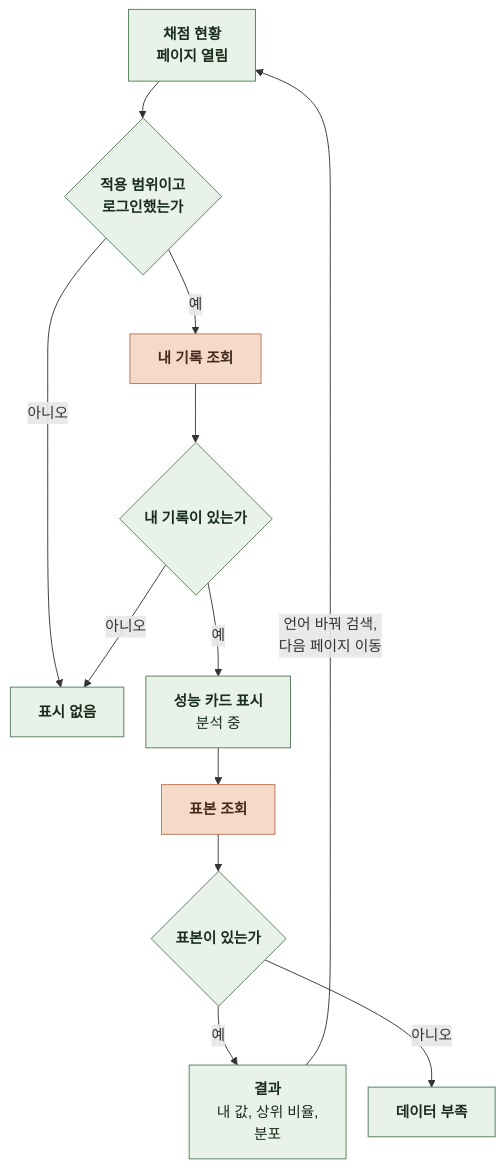
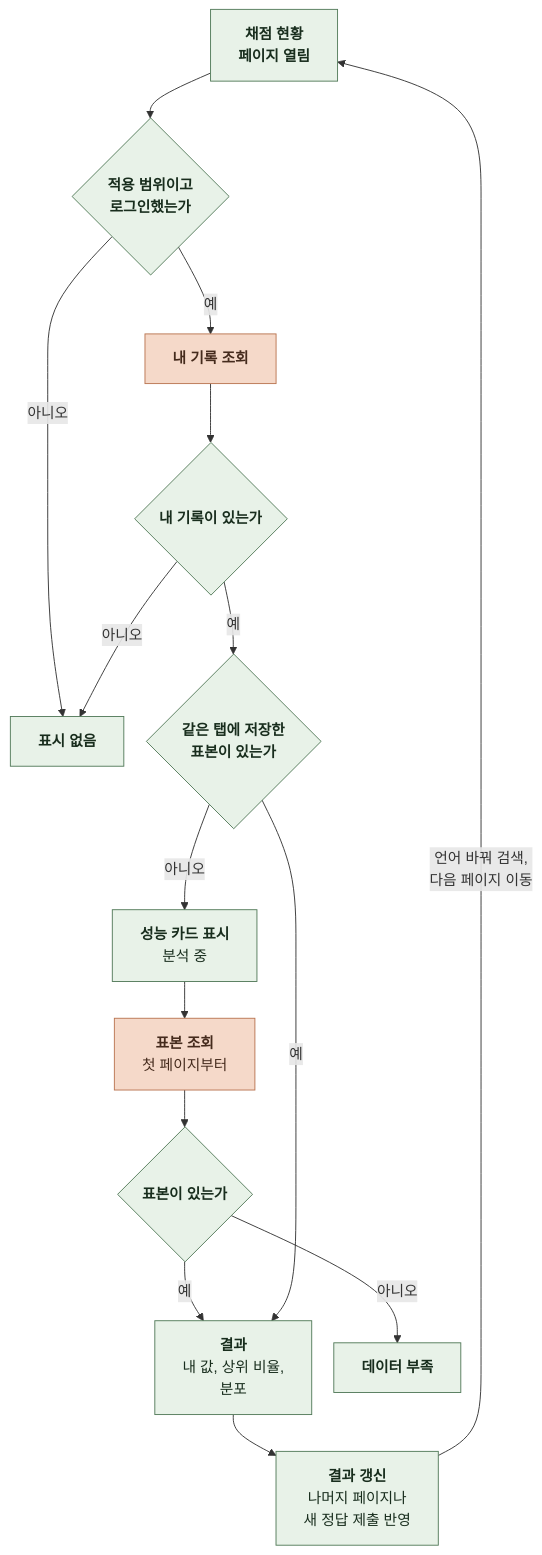
Before and after one commit to kangkyunghyun/boj-performance: the diagram in docs/spec/3-2-INTERACTION-FLOWS.md, drawn with Mermaid. The commit also changed other lines of this file and 9 other files, not shown here.

````diff
--- a/docs/spec/3-2-INTERACTION-FLOWS.md
+++ b/docs/spec/3-2-INTERACTION-FLOWS.md
@@ -9,25 +9,32 @@
 ```mermaid
 %%{init: {"flowchart": {"curve": "basis", "nodeSpacing": 24, "rankSpacing": 40}}}%%
 flowchart TD
     O["`**채점 현황
 페이지 열림**`"] --> S{"`**적용 범위이고
 로그인했는가**`"}
     S -->|아니오| N["`**표시 없음**`"]
     S -->|예| M["`**내 기록 조회**`"]
     M --> H{"`**내 기록이 있는가**`"}
     H -->|아니오| N
-    H -->|예| L["`**성능 카드 표시**
+    H -->|예| C{"`**같은 탭에 저장한
+표본이 있는가**`"}
+    C -->|아니오| L["`**성능 카드 표시**
 분석 중`"]
-    L --> P["`**표본 조회**`"]
+    L --> P["`**표본 조회**
+첫 페이지부터`"]
     P --> E{"`**표본이 있는가**`"}
     E -->|예| R["`**결과**
 내 값, 상위 비율,
 분포`"]
     E -->|아니오| D["`**데이터 부족**`"]
-    R -->|"`언어 바꿔 검색,
+    C -->|예| R
+    R --> U["`**결과 갱신**
+나머지 페이지나
+새 정답 제출 반영`"]
+    U -->|"`언어 바꿔 검색,
 다음 페이지 이동`"| O
     classDef comp fill:#E8F2E8,stroke:#527A59,color:#182D1D
     classDef ext fill:#F5D9C9,stroke:#B97450,color:#452B1D
-    class O,S,H,L,E,R,D,N comp
+    class O,S,H,C,L,E,R,U,D,N comp
     class M,P ext
 ```
````
